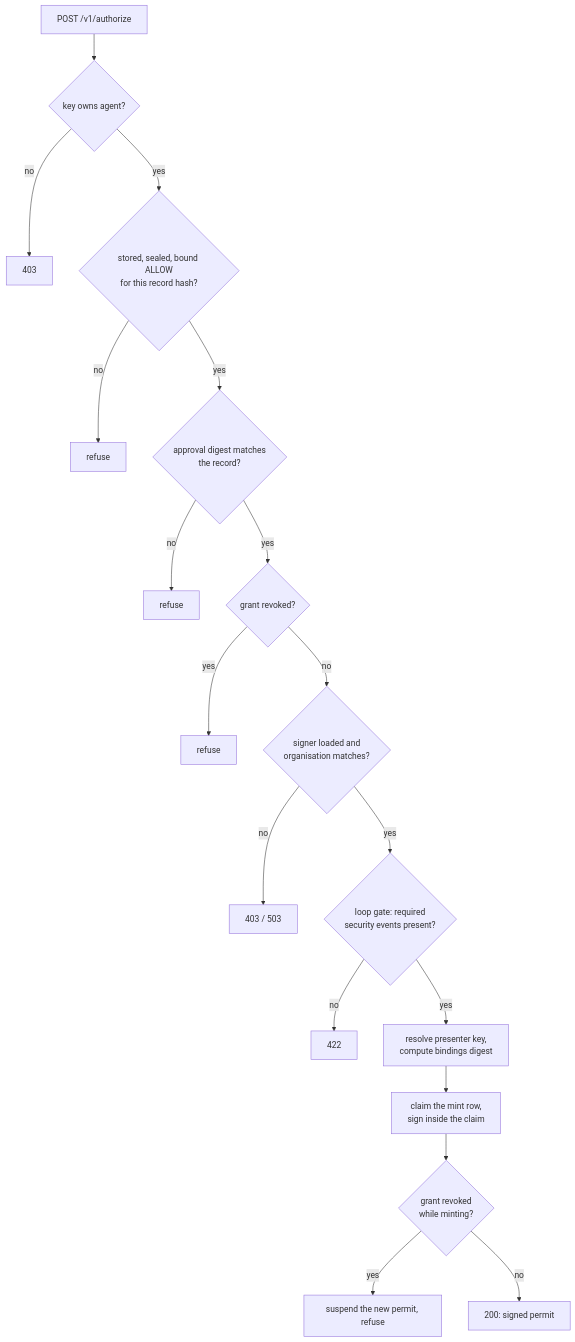
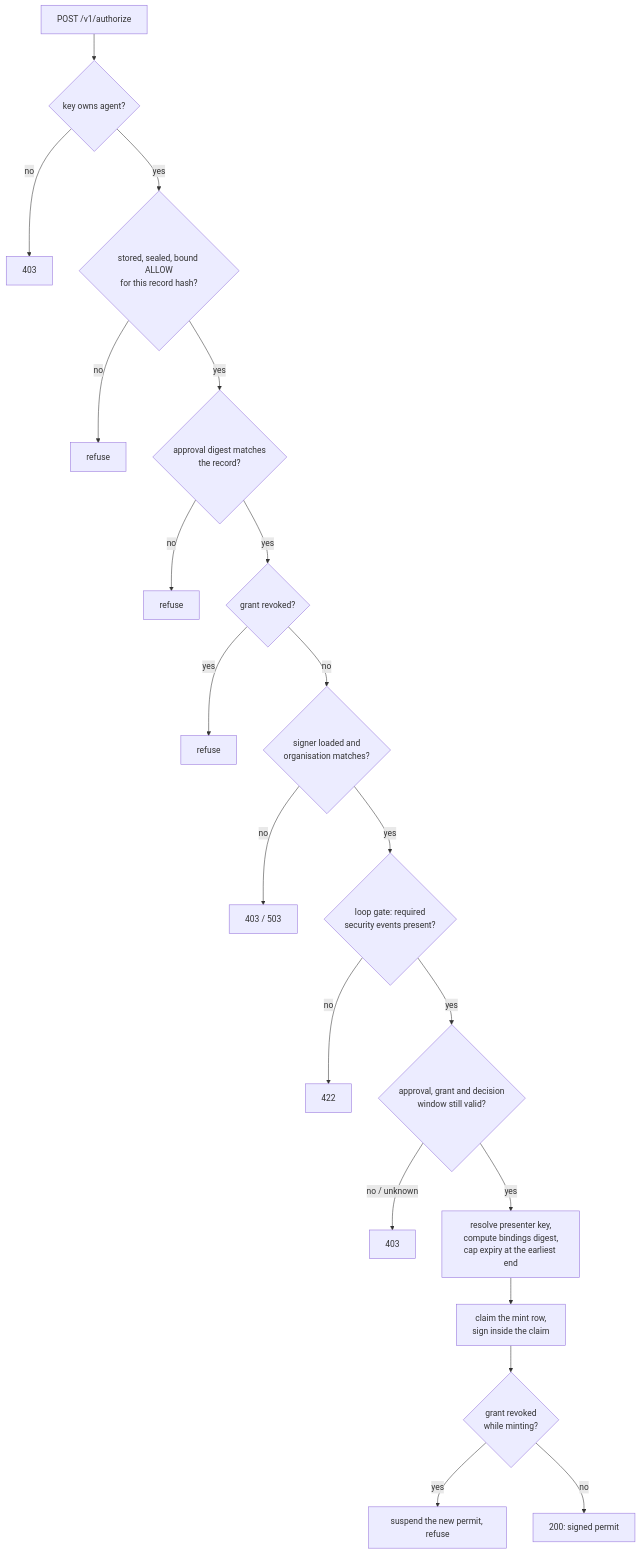
Before and after one commit to LOLA0786/privatevault-agent-dna: the third of 8 diagrams in docs/architecture/FLOWS.md, drawn with Mermaid. The commit also changed other lines of this file and 21 other files, not shown here.

````diff
--- a/docs/architecture/FLOWS.md
+++ b/docs/architecture/FLOWS.md
@@ -139,20 +139,22 @@
 ```mermaid
 flowchart TD
   A[POST /v1/authorize] --> B{key owns agent?}
   B -- no --> X1[403]
   B -- yes --> C{stored, sealed, bound ALLOW<br/>for this record hash?}
   C -- no --> X2[refuse]
   C -- yes --> D{approval digest matches<br/>the record?}
   D -- no --> X3[refuse]
   D -- yes --> E{grant revoked?}
   E -- yes --> X4[refuse]
   E -- no --> F{signer loaded and<br/>organisation matches?}
   F -- no --> X5[403 / 503]
   F -- yes --> G{loop gate: required<br/>security events present?}
   G -- no --> X6[422]
-  G -- yes --> H[resolve presenter key,<br/>compute bindings digest]
+  G -- yes --> T{approval, grant and decision<br/>window still valid?}
+  T -- no / unknown --> X7[403]
+  T -- yes --> H[resolve presenter key,<br/>compute bindings digest,<br/>cap expiry at the earliest end]
   H --> I[claim the mint row,<br/>sign inside the claim]
   I --> J{grant revoked<br/>while minting?}
   J -- yes --> K[suspend the new permit, refuse]
   J -- no --> L[200: signed permit]
 ```
````
